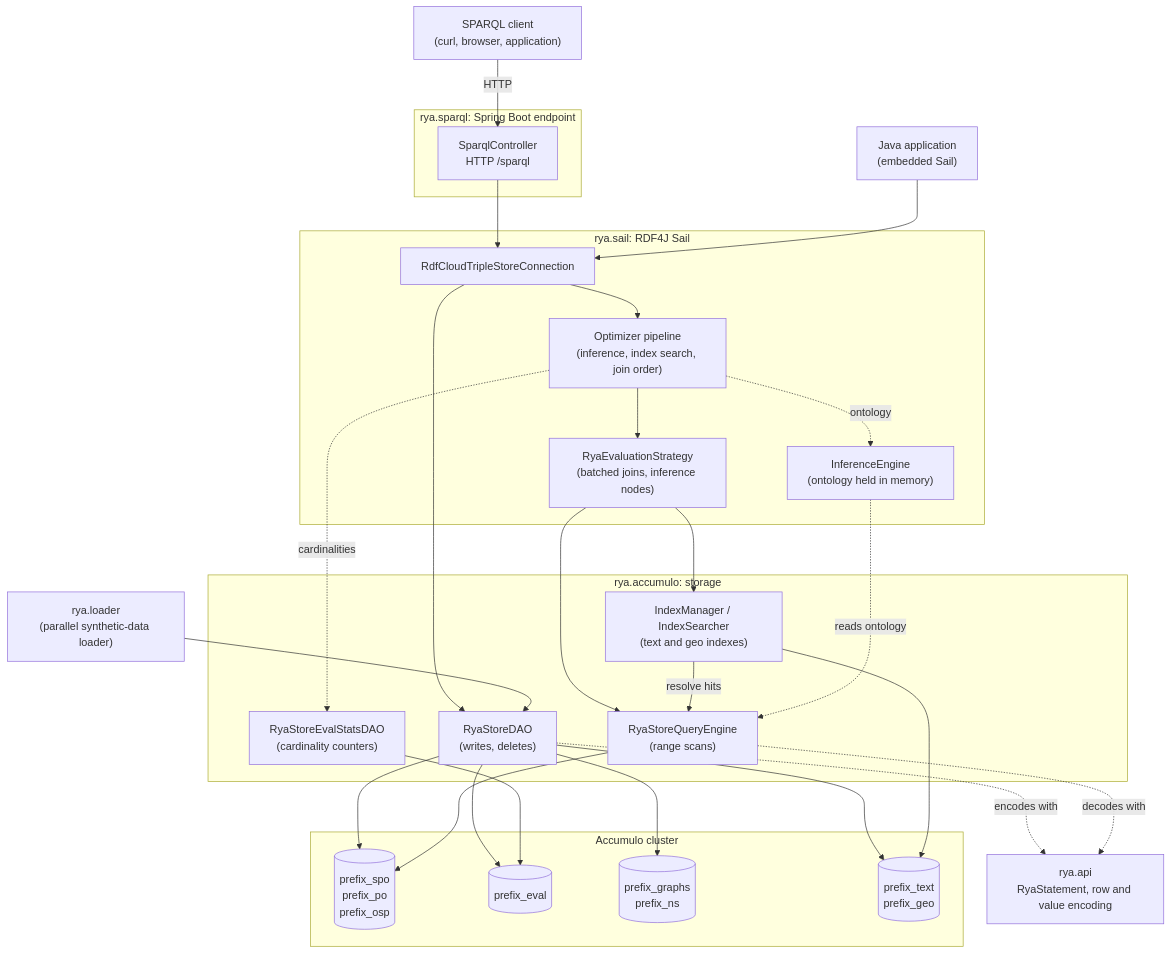
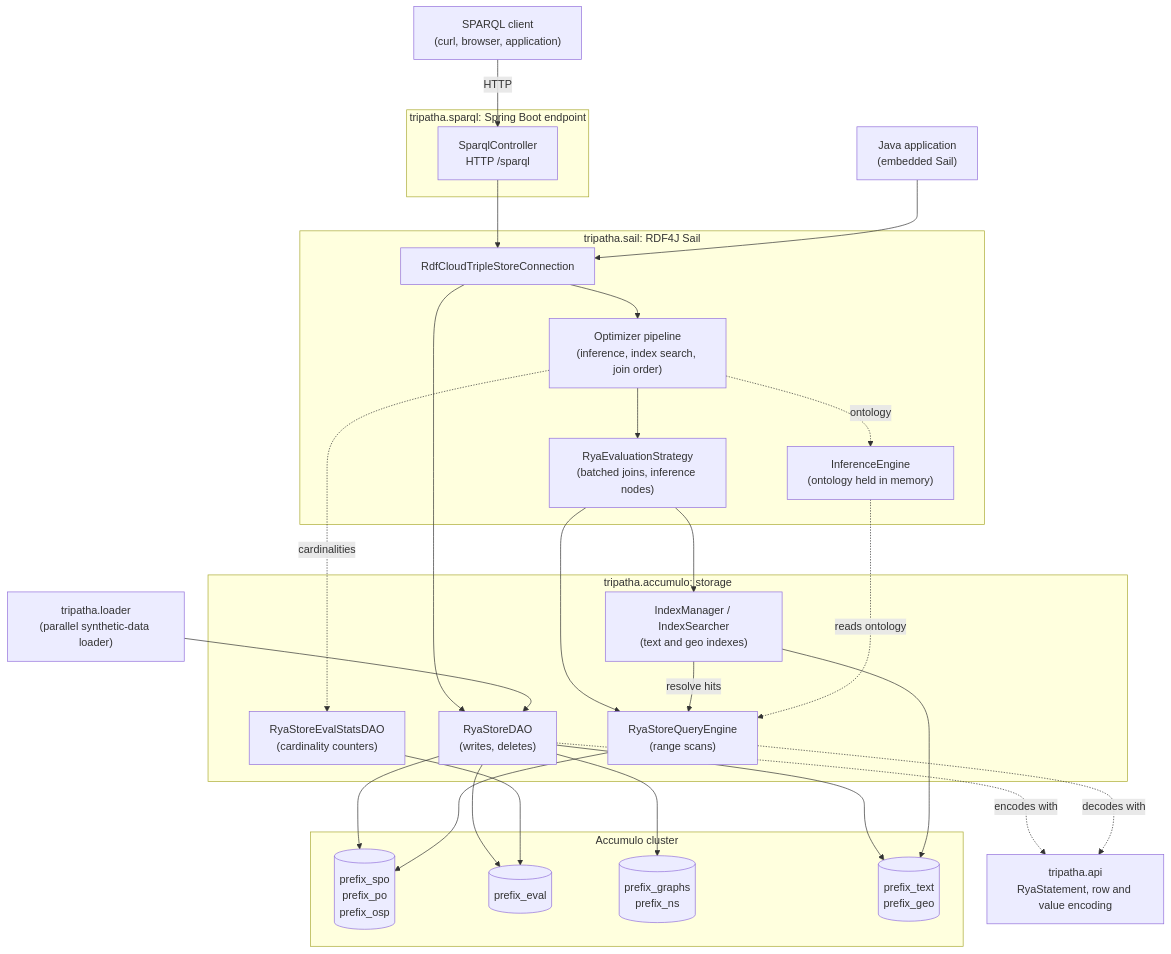
One commit to dgreco/rya-ng changed the first of 21 diagrams in ARCH.md. Above: the diagram before and after it, drawn with Mermaid. The commit also changed other lines of this file and 747 other files, not shown here.

````diff
--- a/ARCH.md
+++ b/ARCH.md
@@ -68,48 +68,48 @@
 ```mermaid
 flowchart TB
     client["SPARQL client<br/>(curl, browser, application)"]
     embed["Java application<br/>(embedded Sail)"]
-    subgraph sparql["rya.sparql: Spring Boot endpoint"]
+    subgraph sparql["tripatha.sparql: Spring Boot endpoint"]
         ctrl["SparqlController<br/>HTTP /sparql"]
     end
-    subgraph sail["rya.sail: RDF4J Sail"]
+    subgraph sail["tripatha.sail: RDF4J Sail"]
         conn["RdfCloudTripleStoreConnection"]
         opt["Optimizer pipeline<br/>(inference, index search, join order)"]
         eval["RyaEvaluationStrategy<br/>(batched joins, inference nodes)"]
         inf["InferenceEngine<br/>(ontology held in memory)"]
     end
-    subgraph acc["rya.accumulo: storage"]
+    subgraph acc["tripatha.accumulo: storage"]
         dao["RyaStoreDAO<br/>(writes, deletes)"]
         qe["RyaStoreQueryEngine<br/>(range scans)"]
         idx["IndexManager / IndexSearcher<br/>(text and geo indexes)"]
         stats["RyaStoreEvalStatsDAO<br/>(cardinality counters)"]
     end
-    api["rya.api<br/>RyaStatement, row and value encoding"]
-    loader["rya.loader<br/>(parallel synthetic-data loader)"]
+    api["tripatha.api<br/>RyaStatement, row and value encoding"]
+    loader["tripatha.loader<br/>(parallel synthetic-data loader)"]
     subgraph cluster["Accumulo cluster"]
         t1[("prefix_spo<br/>prefix_po<br/>prefix_osp")]
         t2[("prefix_eval")]
         t3[("prefix_graphs<br/>prefix_ns")]
         t4[("prefix_text<br/>prefix_geo")]
     end
     client -- "HTTP" --> ctrl --> conn
     embed --> conn
     conn --> opt --> eval
     opt -. "ontology" .-> inf
     opt -. "cardinalities" .-> stats
     eval --> qe
     eval --> idx
     conn --> dao
     loader --> dao
     dao --> t1
     dao --> t2
     dao --> t3
     dao --> t4
     qe --> t1
     idx --> t4
     idx -- "resolve hits" --> qe
     stats --> t2
     inf -. "reads ontology" .-> qe
     dao -. "encodes with" .-> api
     qe -. "decodes with" .-> api
 ```
````
